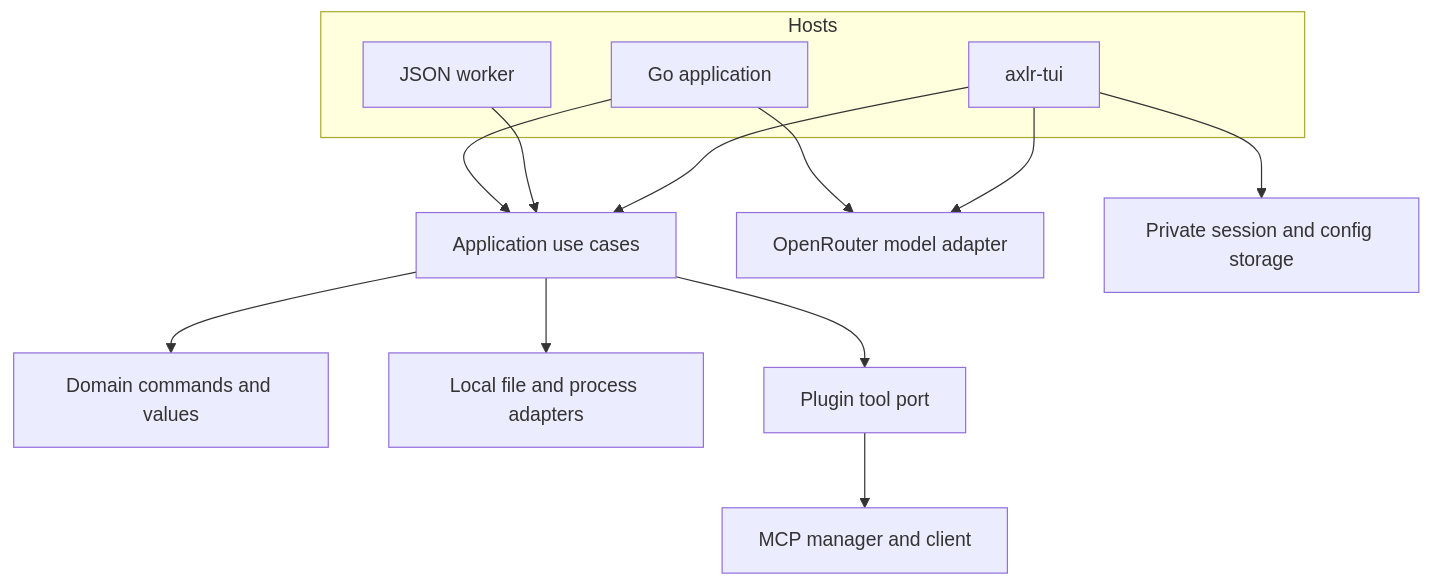
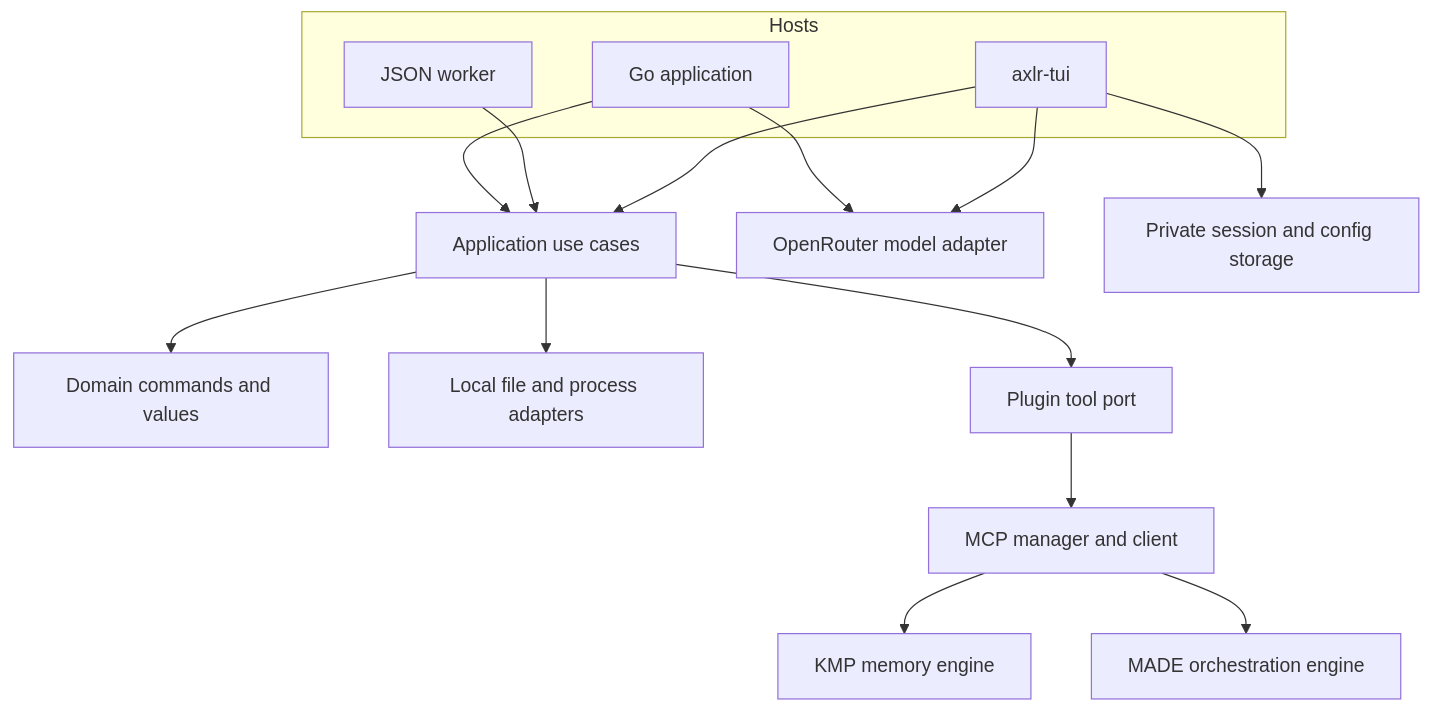
The diagram in docs/architecture.md (underpass-ai/AXLR), drawn with Mermaid before and after one commit. The commit also changed other lines of this file and 14 other files, not shown here.

````diff
--- a/docs/architecture.md
+++ b/docs/architecture.md
@@ -5,18 +5,20 @@
 ```mermaid
 flowchart TB
     subgraph Hosts
       T[axlr-tui]
       W[JSON worker]
       G[Go application]
     end
     T --> A[Application use cases]
     W --> A
     G --> A
     A --> D[Domain commands and values]
     A --> L[Local file and process adapters]
     A --> P[Plugin tool port]
     P --> M[MCP manager and client]
     T --> O[OpenRouter model adapter]
     G --> O
     T --> S[Private session and config storage]
+    M --> K[KMP memory engine]
+    M --> C[MADE orchestration engine]
 ```
````
